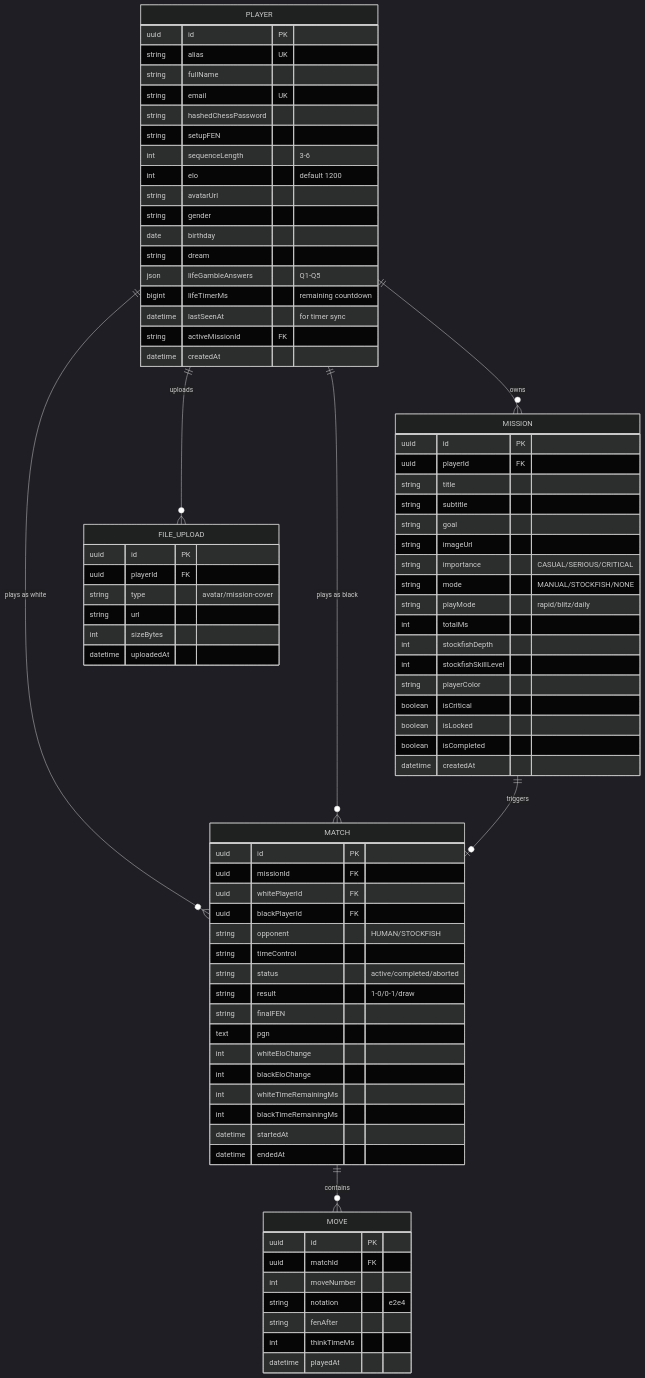
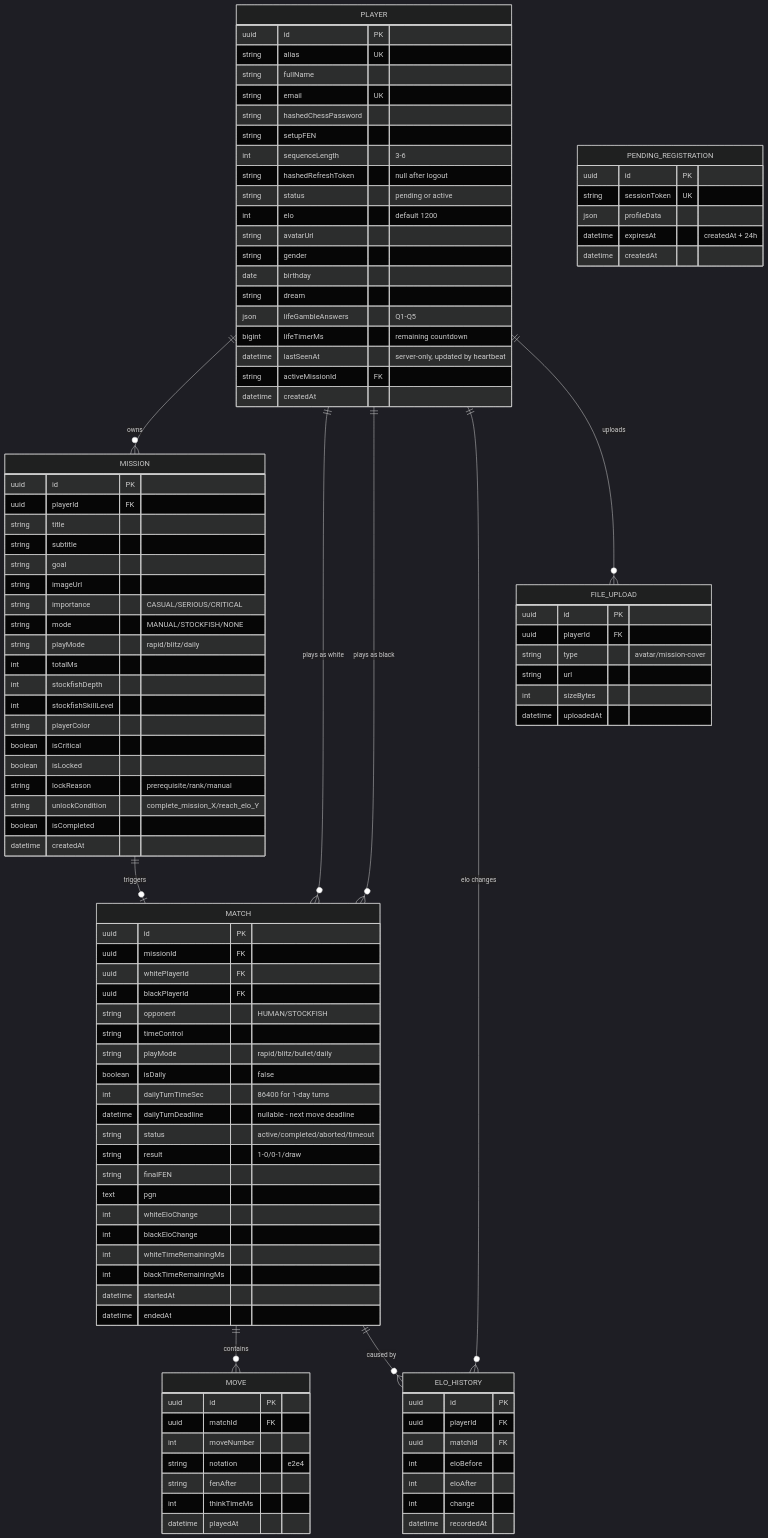
One commit to STOGCN/PROJECTS-hub changed the diagram in Chess Commander/backend-architecture-plan.md. Above: the diagram before and after it, drawn with Mermaid (dark theme). The commit also changed other lines of this file and 7 other files, not shown here.

````diff
--- a/Chess Commander/backend-architecture-plan.md
+++ b/Chess Commander/backend-architecture-plan.md
@@ -128,6 +245,8 @@
         string hashedChessPassword
         string setupFEN
         int sequenceLength "3-6"
+        string hashedRefreshToken "null after logout"
+        string status "pending or active"
         int elo "default 1200"
         string avatarUrl
         string gender
@@ -135,8 +254,16 @@
         string dream
         json lifeGambleAnswers "Q1-Q5"
         bigint lifeTimerMs "remaining countdown"
-        datetime lastSeenAt "for timer sync"
+        datetime lastSeenAt "server-only, updated by heartbeat"
         string activeMissionId FK
+        datetime createdAt
+    }
+
+    PENDING_REGISTRATION {
+        uuid id PK
+        string sessionToken UK
+        json profileData
+        datetime expiresAt "createdAt + 24h"
         datetime createdAt
     }
 
@@ -156,6 +283,8 @@
         string playerColor
         boolean isCritical
         boolean isLocked
+        string lockReason "prerequisite/rank/manual"
+        string unlockCondition "complete_mission_X/reach_elo_Y"
         boolean isCompleted
         datetime createdAt
     }
@@ -167,7 +296,11 @@
         uuid blackPlayerId FK
         string opponent "HUMAN/STOCKFISH"
         string timeControl
-        string status "active/completed/aborted"
+        string playMode "rapid/blitz/bullet/daily"
+        boolean isDaily "false"
+        int dailyTurnTimeSec "86400 for 1-day turns"
+        datetime dailyTurnDeadline "nullable - next move deadline"
+        string status "active/completed/aborted/timeout"
         string result "1-0/0-1/draw"
         string finalFEN
         text pgn
@@ -177,6 +310,16 @@
         int blackTimeRemainingMs
         datetime startedAt
         datetime endedAt
+    }
+
+    ELO_HISTORY {
+        uuid id PK
+        uuid playerId FK
+        uuid matchId FK
+        int eloBefore
+        int eloAfter
+        int change
+        datetime recordedAt
     }
 
     MOVE {
@@ -201,7 +344,9 @@
     PLAYER ||--o{ MISSION : "owns"
     PLAYER ||--o{ MATCH : "plays as white"
     PLAYER ||--o{ MATCH : "plays as black"
+    PLAYER ||--o{ ELO_HISTORY : "elo changes"
     PLAYER ||--o{ FILE_UPLOAD : "uploads"
     MISSION ||--o| MATCH : "triggers"
     MATCH ||--o{ MOVE : "contains"
+    MATCH ||--o{ ELO_HISTORY : "caused by"
 ```
````
